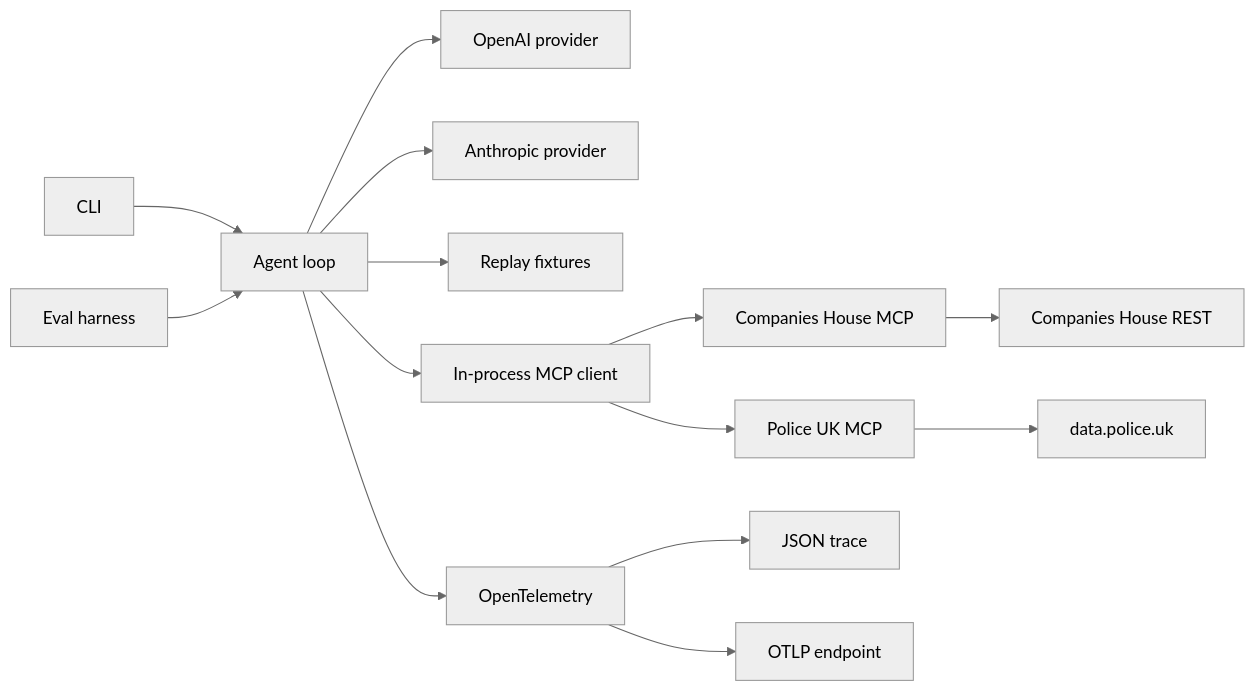
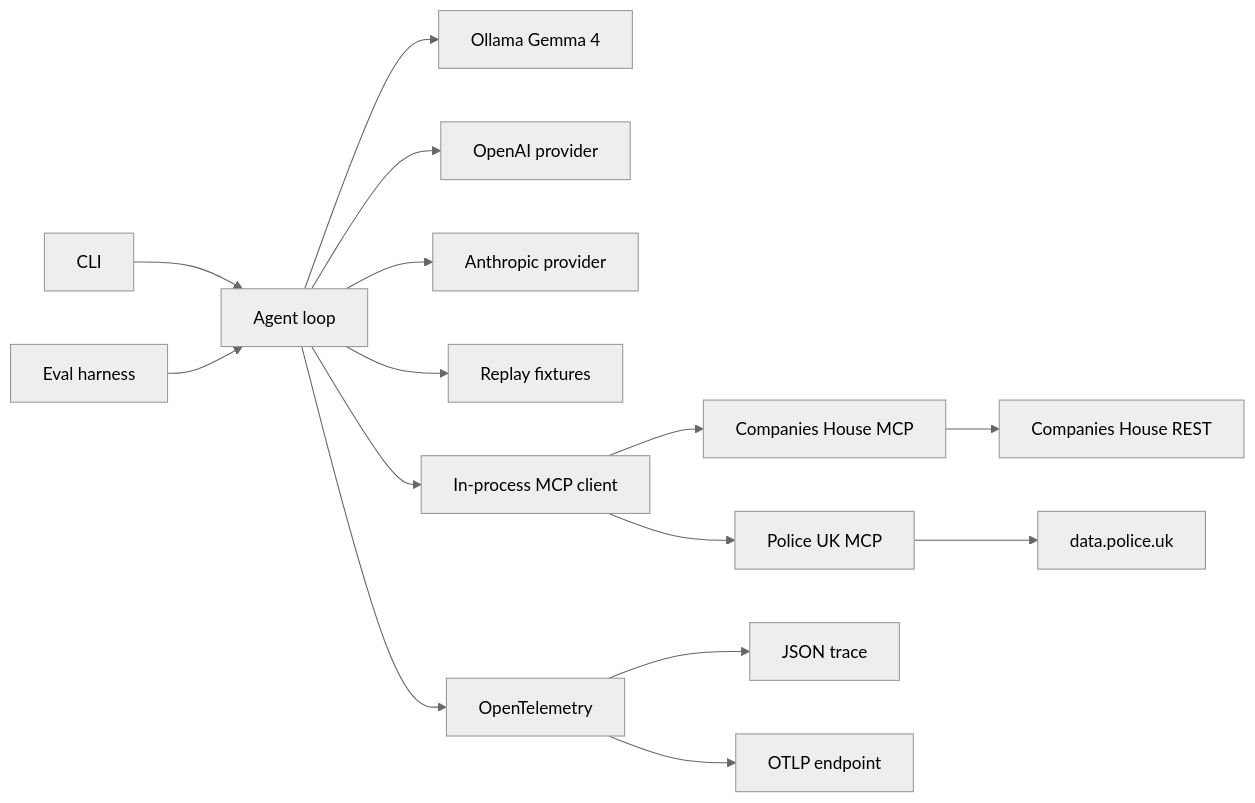
Before and after one commit to hroarr28/uk-research-agent: the diagram in README.md, drawn with Mermaid (neutral theme). The commit also changed other lines of this file and 20 other files, not shown here.

First line of the commit message:
Add a local Gemma 4 provider and a resumable Ollama eval.

````diff
--- a/README.md
+++ b/README.md
@@ -17,31 +17,33 @@
 ```mermaid
 flowchart LR
   cli[CLI]
   agent[Agent loop]
+  ollama[Ollama Gemma 4]
   openai[OpenAI provider]
   anthropic[Anthropic provider]
   replay[Replay fixtures]
   mcp[In-process MCP client]
   ch[Companies House MCP]
   police[Police UK MCP]
   chApi[Companies House REST]
   policeApi[data.police.uk]
   otel[OpenTelemetry]
   json[JSON trace]
   otlp[OTLP endpoint]
   eval[Eval harness]
 
   cli --> agent
+  agent --> ollama
   agent --> openai
   agent --> anthropic
   agent --> replay
   agent --> mcp
   mcp --> ch
   mcp --> police
   ch --> chApi
   police --> policeApi
   agent --> otel
   otel --> json
   otel --> otlp
   eval --> agent
 ```
````
